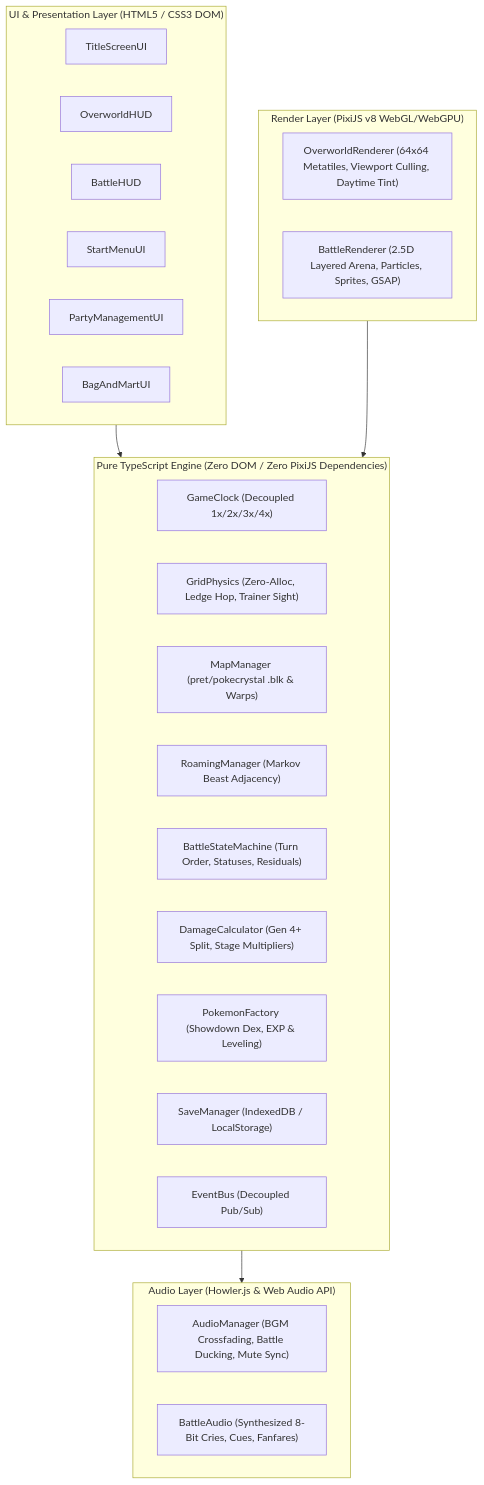
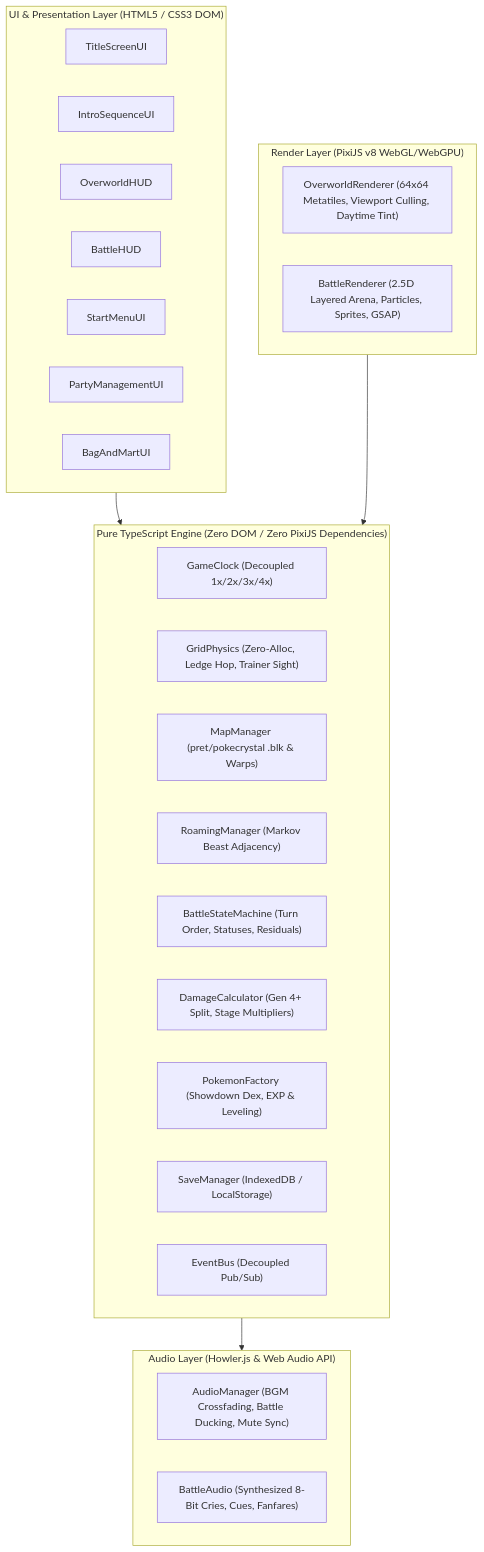
The diagram in ARCHITECTURE.md (jbveiga/crystal-overdrive), drawn with Mermaid before and after one commit. The commit also changed other lines of this file and 4 other files, not shown here.

Commit message:
feat(ui): implement Professor Oak IntroSequenceUI and character creation (Ticket 4.3)

````diff
--- a/ARCHITECTURE.md
+++ b/ARCHITECTURE.md
@@ -13,37 +13,38 @@
 ```mermaid
 flowchart TD
     subgraph UI_Layer["UI & Presentation Layer (HTML5 / CSS3 DOM)"]
         TSUI["TitleScreenUI"]
+        ISUI["IntroSequenceUI"]
         OHUD["OverworldHUD"]
         BHUD["BattleHUD"]
         SM["StartMenuUI"]
         PM["PartyManagementUI"]
         BM["BagAndMartUI"]
     end
 
     subgraph Render_Layer["Render Layer (PixiJS v8 WebGL/WebGPU)"]
         OR["OverworldRenderer (64x64 Metatiles, Viewport Culling, Daytime Tint)"]
         BR["BattleRenderer (2.5D Layered Arena, Particles, Sprites, GSAP)"]
     end
 
     subgraph Pure_Logic["Pure TypeScript Engine (Zero DOM / Zero PixiJS Dependencies)"]
         GC["GameClock (Decoupled 1x/2x/3x/4x)"]
         GP["GridPhysics (Zero-Alloc, Ledge Hop, Trainer Sight)"]
         MM["MapManager (pret/pokecrystal .blk & Warps)"]
         RM["RoamingManager (Markov Beast Adjacency)"]
         BSM["BattleStateMachine (Turn Order, Statuses, Residuals)"]
         DC["DamageCalculator (Gen 4+ Split, Stage Multipliers)"]
         PF["PokemonFactory (Showdown Dex, EXP & Leveling)"]
         SMAN["SaveManager (IndexedDB / LocalStorage)"]
         EB["EventBus (Decoupled Pub/Sub)"]
     end
 
     subgraph Audio_Layer["Audio Layer (Howler.js & Web Audio API)"]
         AM["AudioManager (BGM Crossfading, Battle Ducking, Mute Sync)"]
         BA["BattleAudio (Synthesized 8-Bit Cries, Cues, Fanfares)"]
     end
 
     UI_Layer --> Pure_Logic
     Render_Layer --> Pure_Logic
     Pure_Logic --> Audio_Layer
 ```
````
